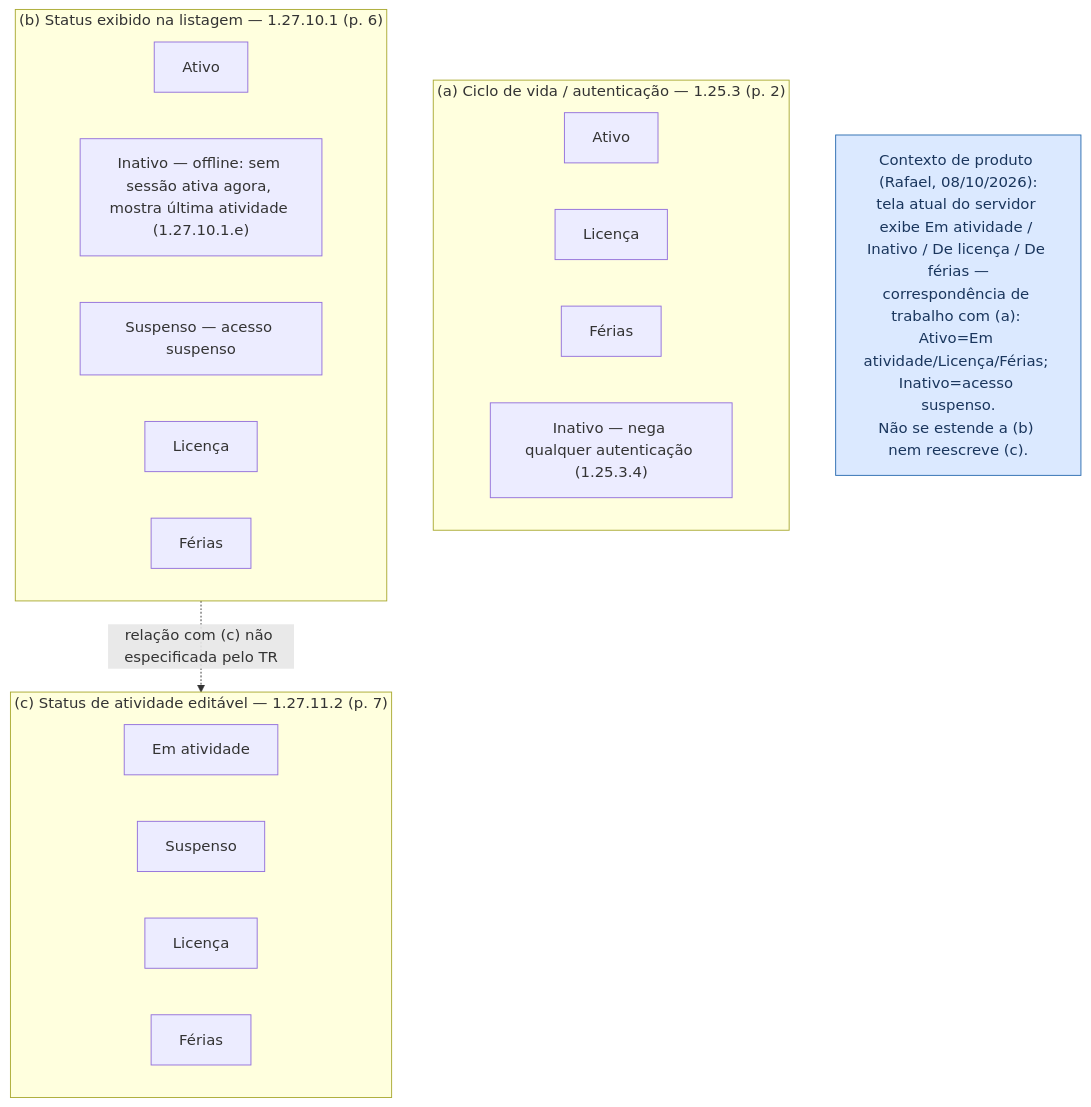
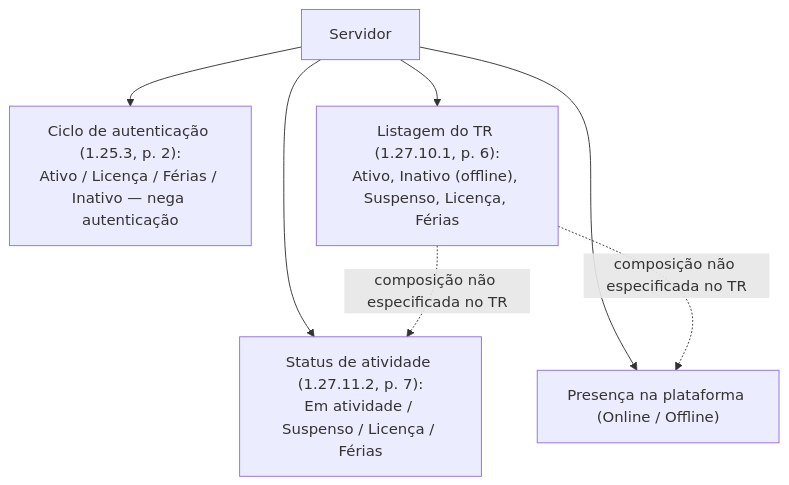
One commit to RafaCartaxo/brainwork changed the second of 12 diagrams in QA Workspace/02 Demandas/DEV/SGV-11262 - [QA-Automação] Termo de Referência SOGOV/SGV-12082 - Mapeamento de atores e modelo do preset do TR/01 Modelo do preset/00 - Mapa geral.md. Above: the diagram before and after it, drawn with Mermaid. The commit also changed other lines of this file, not shown here.

Commit message:
vault backup: 2026-10-09 09:06:50

````diff
--- a/QA Workspace/02 Demandas/DEV/SGV-11262 - [QA-Automação] Termo de Referência SOGOV/SGV-12082 - Mapeamento de atores e modelo do preset do TR/01 Modelo do preset/00 - Mapa geral.md
+++ b/QA Workspace/02 Demandas/DEV/SGV-11262 - [QA-Automação] Termo de Referência SOGOV/SGV-12082 - Mapeamento de atores e modelo do preset do TR/01 Modelo do preset/00 - Mapa geral.md
@@ -38,30 +38,9 @@
 ```mermaid
 flowchart TB
-    classDef rafael fill:#dbe9ff,stroke:#2b6cb0,color:#1a365d,stroke-width:1px;
-
-    subgraph A["(a) Ciclo de vida / autenticação — 1.25.3 (p. 2)"]
-        A1["Ativo"]
-        A2["Licença"]
-        A3["Férias"]
-        A4["Inativo — nega qualquer autenticação (1.25.3.4)"]
-    end
-
-    subgraph B["(b) Status exibido na listagem — 1.27.10.1 (p. 6)"]
-        B1["Ativo"]
-        B2["Inativo — offline: sem sessão ativa agora, mostra última atividade (1.27.10.1.e)"]
-        B3["Suspenso — acesso suspenso"]
-        B4["Licença"]
-        B5["Férias"]
-    end
-
-    subgraph C["(c) Status de atividade editável — 1.27.11.2 (p. 7)"]
-        C1["Em atividade"]
-        C2["Suspenso"]
-        C3["Licença"]
-        C4["Férias"]
-    end
-
-    B -.->|"relação com (c) não especificada pelo TR"| C
-
-    Produto["Contexto de produto (Rafael, 08/10/2026):<br/>tela atual do servidor exibe Em atividade / Inativo / De licença / De férias —<br/>correspondência de trabalho com (a): Ativo=Em atividade/Licença/Férias; Inativo=acesso suspenso.<br/>Não se estende a (b) nem reescreve (c)."]:::rafael
+    Servidor["Servidor"] --> StatusAtividade["Status de atividade (1.27.11.2, p. 7):<br/>Em atividade / Suspenso / Licença / Férias"]
+    Servidor --> Presenca["Presença na plataforma (Online / Offline)"]
+    Servidor --> Autenticacao["Ciclo de autenticação (1.25.3, p. 2):<br/>Ativo / Licença / Férias / Inativo — nega autenticação"]
+    Servidor --> Listagem["Listagem do TR (1.27.10.1, p. 6):<br/>Ativo, Inativo (offline), Suspenso, Licença, Férias"]
+    Listagem -.->|"composição não especificada no TR"| StatusAtividade
+    Listagem -.->|"composição não especificada no TR"| Presenca
 ```
````
